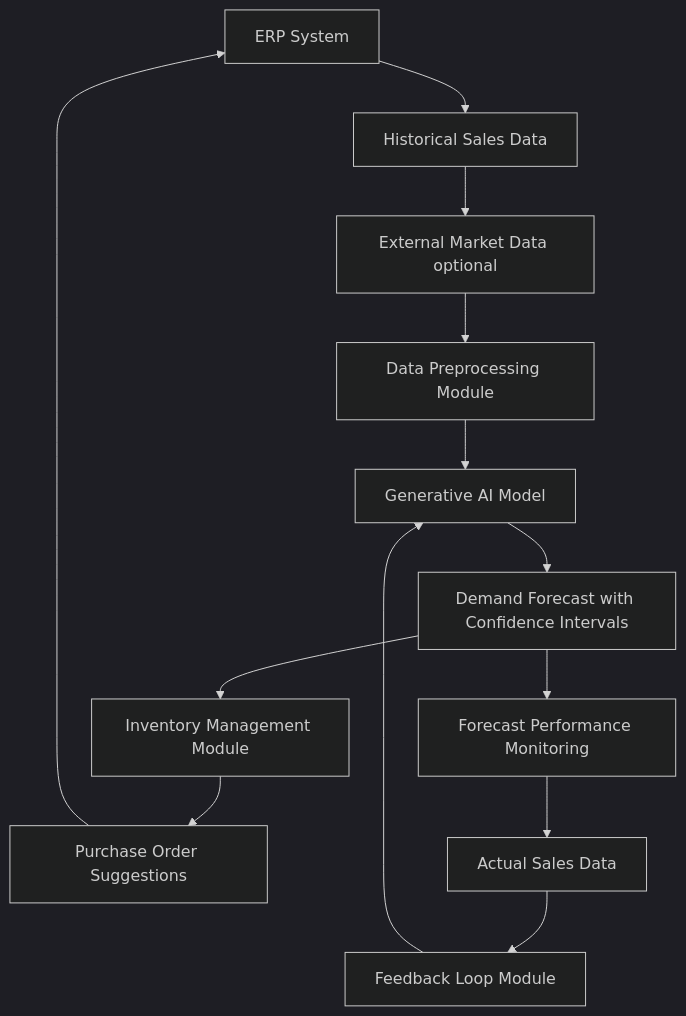
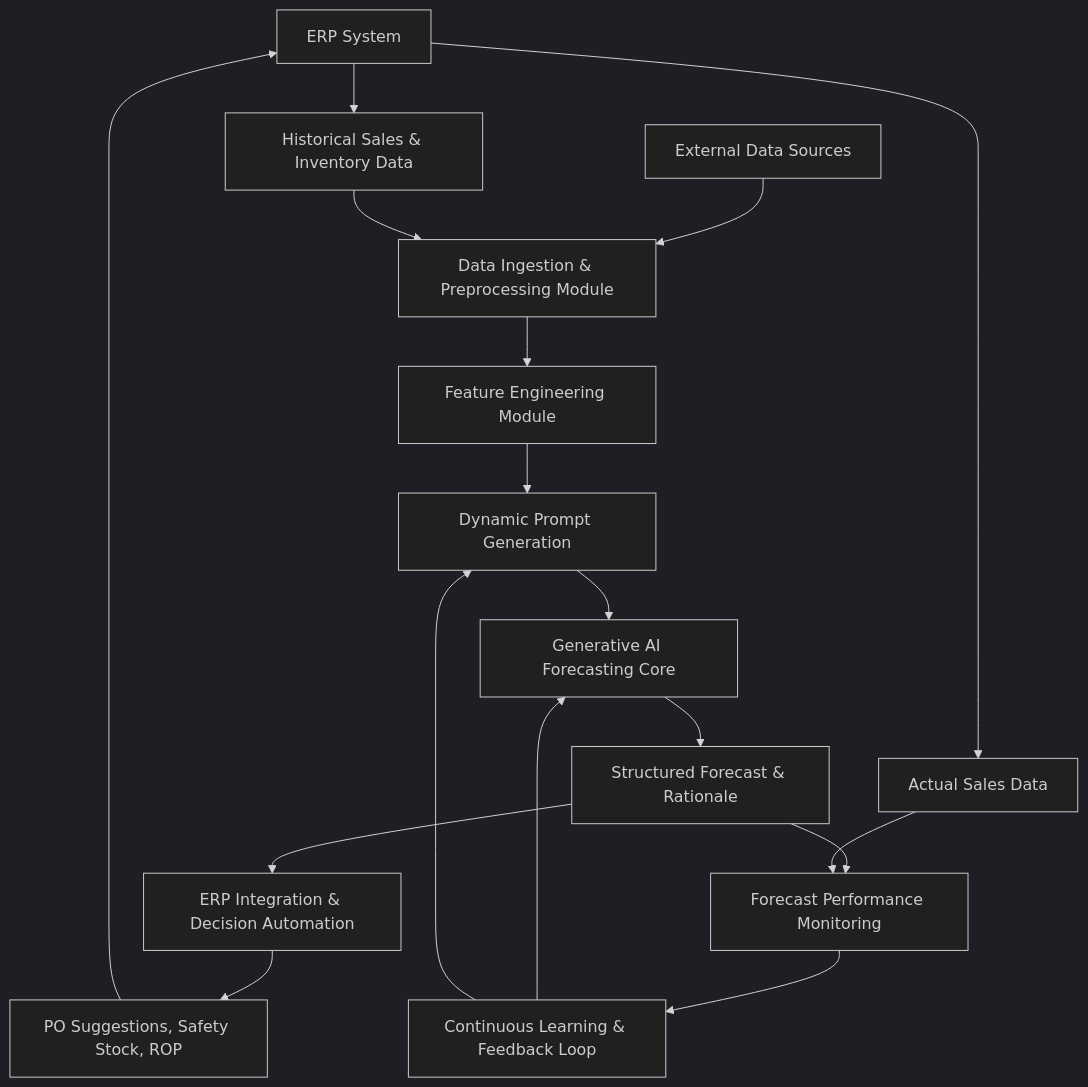
One commit to diplomat-bit/Citibank_Demo_Business_Inc_Demonstration- changed the first of 10 diagrams in inventions/046_predictive_demand_forecasting_for_erp.md. Above: the diagram before and after it, drawn with Mermaid (dark theme). The commit also changed other lines of this file, not shown here.

Commit message:
[AI] Edit: inventions/046_predictive_demand_forecasting_for_erp.md

````diff
--- a/inventions/046_predictive_demand_forecasting_for_erp.md
+++ b/inventions/046_predictive_demand_forecasting_for_erp.md
@@ -67,15 +84,19 @@
 ```mermaid
 graph TD
-    A[ERP System] --> B[Historical Sales Data]
-    B --> C[External Market Data optional]
-    C --> D[Data Preprocessing Module]
-    D --> E[Generative AI Model]
-    E --> F[Demand Forecast with Confidence Intervals]
-    F --> G[Inventory Management Module]
-    G --> H[Purchase Order Suggestions]
-    H --> A
-    F --> I[Forecast Performance Monitoring]
-    I --> J[Actual Sales Data]
-    J --> K[Feedback Loop Module]
-    K --> E
+    A[ERP System] --> B[Historical Sales & Inventory Data]
+    C[External Data Sources] --> D[Data Ingestion & Preprocessing Module]
+    B --> D
+    D --> E[Feature Engineering Module]
+    E --> F[Dynamic Prompt Generation]
+    F --> G[Generative AI Forecasting Core]
+    G --> H[Structured Forecast & Rationale]
+    H --> I[ERP Integration & Decision Automation]
+    I --> J[PO Suggestions, Safety Stock, ROP]
+    J --> A
+    H --> K[Forecast Performance Monitoring]
+    A --> L[Actual Sales Data]
+    L --> K
+    K --> M[Continuous Learning & Feedback Loop]
+    M --> G
+    M --> F
 ```
````
